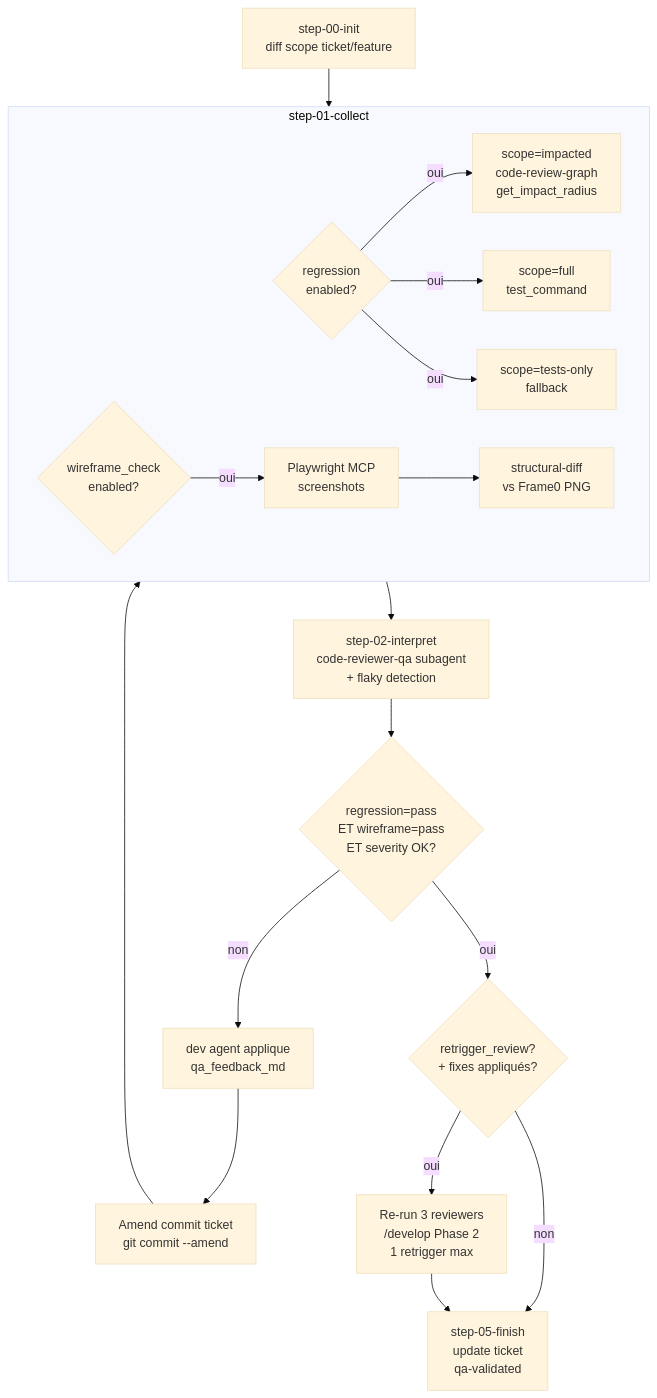
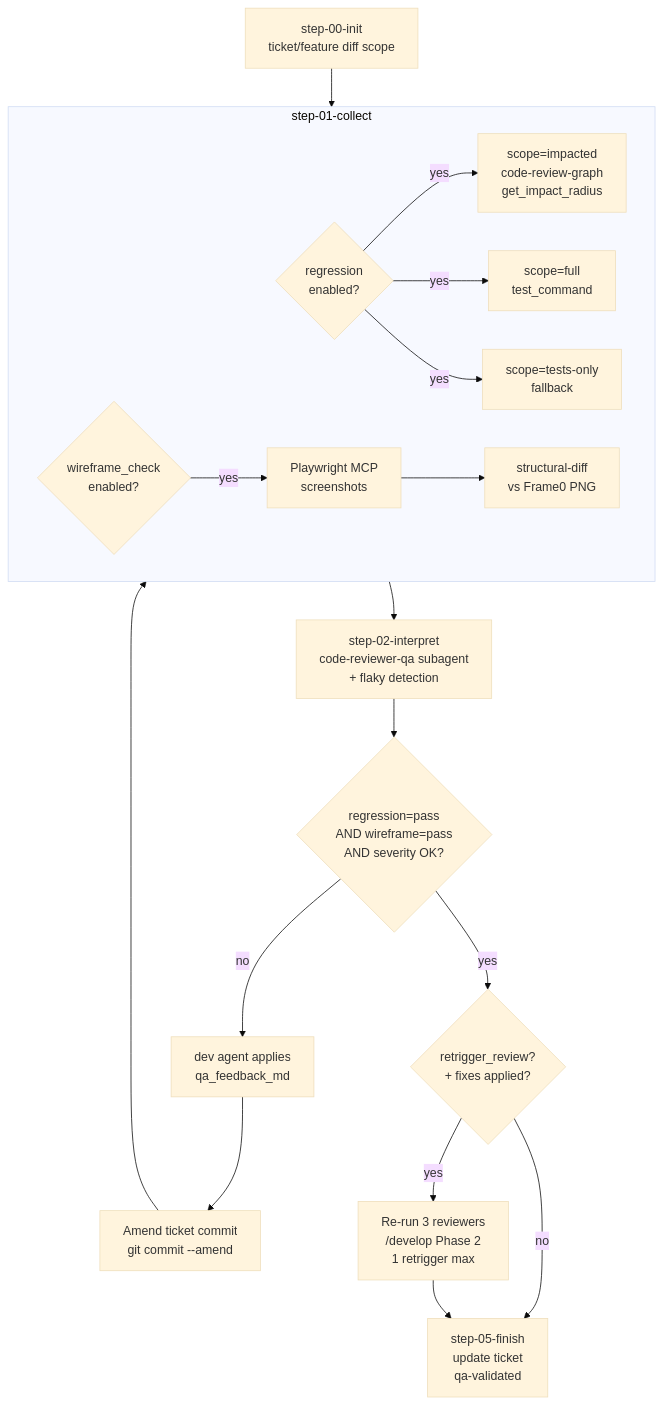
The sixth of 10 diagrams in docs/usage/diagram.md (BryanBerger98/snapship-plugin), drawn with Mermaid (base theme) before and after one commit. The commit also changed other lines of this file and 25 other files, not shown here.

````diff
--- a/docs/usage/diagram.md
+++ b/docs/usage/diagram.md
@@ -123,24 +123,24 @@
 ```mermaid
 flowchart TB
-    Q0[step-00-init<br/>diff scope ticket/feature] --> Q1[step-01-collect]
+    Q0[step-00-init<br/>ticket/feature diff scope] --> Q1[step-01-collect]
 
     subgraph Q1[step-01-collect]
         REG{regression<br/>enabled?}
         WIRE{wireframe_check<br/>enabled?}
-        REG -->|oui| RIMPACT[scope=impacted<br/>code-review-graph<br/>get_impact_radius]
-        REG -->|oui| RFULL[scope=full<br/>test_command]
-        REG -->|oui| RTESTS[scope=tests-only<br/>fallback]
-        WIRE -->|oui| PLAY[Playwright MCP<br/>screenshots]
+        REG -->|yes| RIMPACT[scope=impacted<br/>code-review-graph<br/>get_impact_radius]
+        REG -->|yes| RFULL[scope=full<br/>test_command]
+        REG -->|yes| RTESTS[scope=tests-only<br/>fallback]
+        WIRE -->|yes| PLAY[Playwright MCP<br/>screenshots]
         PLAY --> DIFF[structural-diff<br/>vs Frame0 PNG]
     end
 
     Q1 --> Q2[step-02-interpret<br/>code-reviewer-qa subagent<br/>+ flaky detection]
-    Q2 --> Q3{regression=pass<br/>ET wireframe=pass<br/>ET severity OK?}
-    Q3 -->|non| FIX[dev agent applique<br/>qa_feedback_md]
-    FIX --> AMEND[Amend commit ticket<br/>git commit --amend]
+    Q2 --> Q3{regression=pass<br/>AND wireframe=pass<br/>AND severity OK?}
+    Q3 -->|no| FIX[dev agent applies<br/>qa_feedback_md]
+    FIX --> AMEND[Amend ticket commit<br/>git commit --amend]
     AMEND --> Q1
-    Q3 -->|oui| Q4{retrigger_review?<br/>+ fixes appliqués?}
-    Q4 -->|oui| RETRIG[Re-run 3 reviewers<br/>/develop Phase 2<br/>1 retrigger max]
-    Q4 -->|non| Q5[step-05-finish<br/>update ticket<br/>qa-validated]
+    Q3 -->|yes| Q4{retrigger_review?<br/>+ fixes applied?}
+    Q4 -->|yes| RETRIG[Re-run 3 reviewers<br/>/develop Phase 2<br/>1 retrigger max]
+    Q4 -->|no| Q5[step-05-finish<br/>update ticket<br/>qa-validated]
     RETRIG --> Q5
 ```
````
